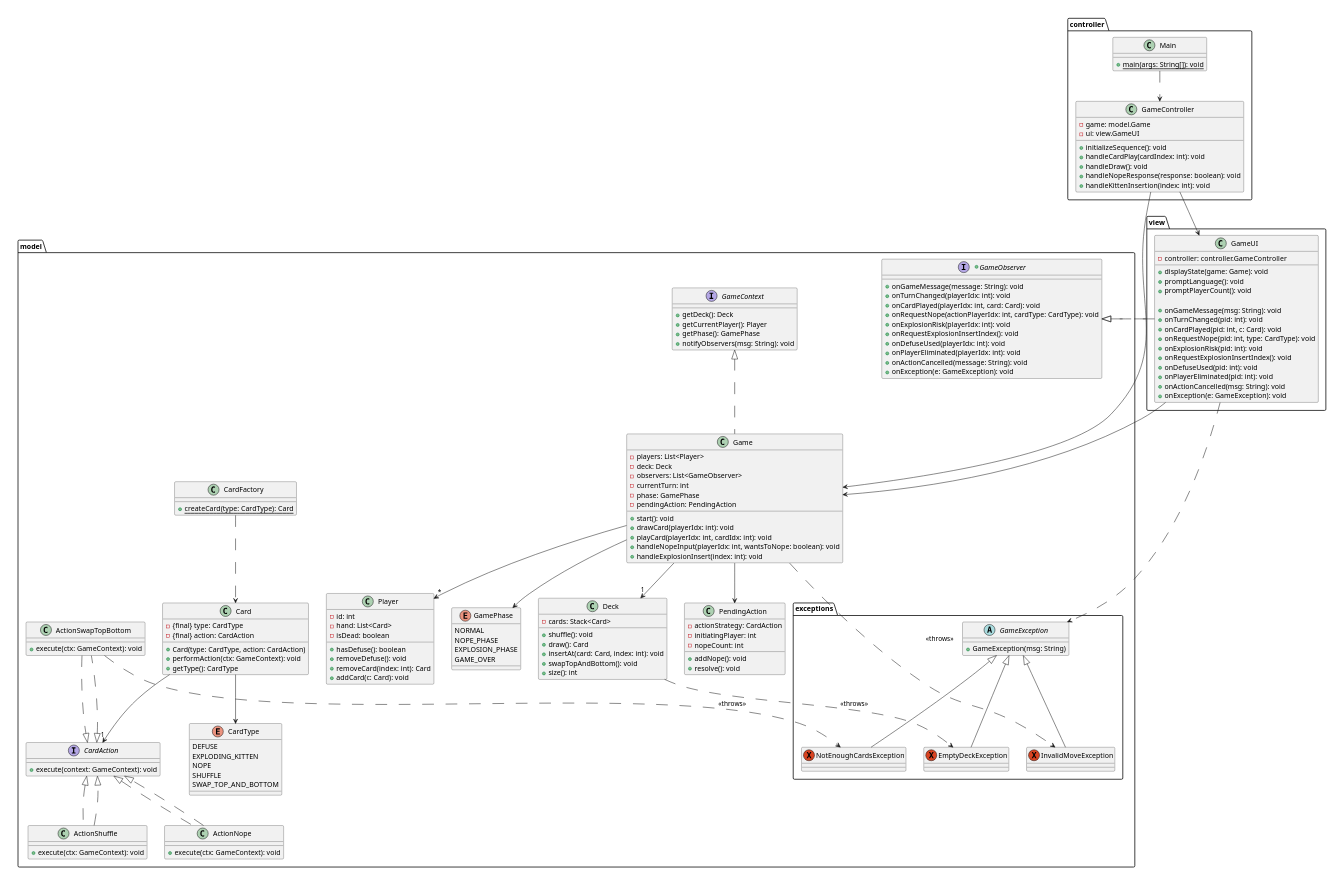
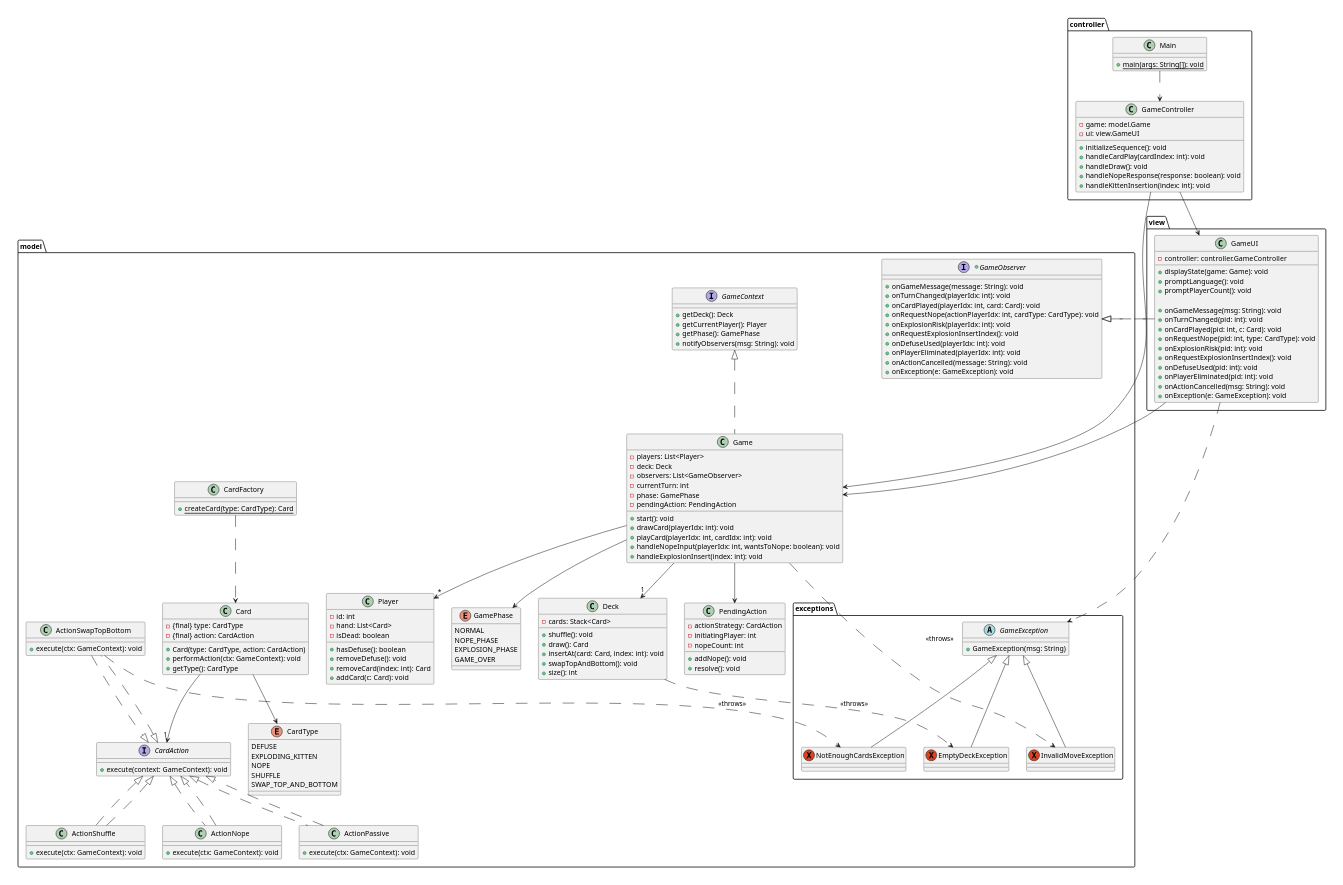
The diagram in docs/design/design.puml (nu-cs-sw-design/project-20252601-396_final), drawn with PlantUML before and after one commit. The commit also changed 1 other file, not shown here.

Commit message:
REFACTOR: refactor the design to avoid using null in Card's logic

```diff
--- a/docs/design/design.puml
+++ b/docs/design/design.puml
@@ -1,187 +1,191 @@
 @startuml
 scale max 512 height
 package model {
     +interface GameObserver {
         +onGameMessage(message: String): void
         +onTurnChanged(playerIdx: int): void
         +onCardPlayed(playerIdx: int, card: Card): void
         +onRequestNope(actionPlayerIdx: int, cardType: CardType): void
         +onExplosionRisk(playerIdx: int): void
         +onRequestExplosionInsertIndex(): void
         +onDefuseUsed(playerIdx: int): void
         +onPlayerEliminated(playerIdx: int): void
         +onActionCancelled(message: String): void
         +onException(e: GameException): void
     }
 
     interface GameContext {
         +getDeck(): Deck
         +getCurrentPlayer(): Player
         +getPhase(): GamePhase
         +notifyObservers(msg: String): void
     }
 
     interface CardAction {
         +execute(context: GameContext): void
     }
 
     package exceptions {
         abstract class GameException {
             +GameException(msg: String)
         }
         exception EmptyDeckException {
         }
         exception NotEnoughCardsException {
         }
         exception InvalidMoveException {
         }
 
         EmptyDeckException -u-|> GameException
         NotEnoughCardsException -u-|> GameException
         InvalidMoveException -u-|> GameException
     }
 
     enum GamePhase {
         NORMAL
         NOPE_PHASE
         EXPLOSION_PHASE
         GAME_OVER
     }
 
     class Game implements GameContext {
         -players: List<Player>
         -deck: Deck
         -observers: List<GameObserver>
         -currentTurn: int
         -phase: GamePhase
         -pendingAction: PendingAction
 
         +start(): void
         +drawCard(playerIdx: int): void
         +playCard(playerIdx: int, cardIdx: int): void
         +handleNopeInput(playerIdx: int, wantsToNope: boolean): void
         +handleExplosionInsert(index: int): void
     }
 
     class PendingAction {
         -actionStrategy: CardAction
         -initiatingPlayer: int
         -nopeCount: int
         +addNope(): void
         +resolve(): void
     }
 
     class Player {
         -id: int
         -hand: List<Card>
         -isDead: boolean
         +hasDefuse(): boolean
         +removeDefuse(): void
         +removeCard(index: int): Card
         +addCard(c: Card): void
     }
 
     class Deck {
         -cards: Stack<Card>
         +shuffle(): void
         +draw(): Card
         +insertAt(card: Card, index: int): void
         +swapTopAndBottom(): void
         +size(): int
     }
 
     class Card {
         -{final} type: CardType
         -{final} action: CardAction
 
         +Card(type: CardType, action: CardAction)
         +performAction(ctx: GameContext): void
         +getType(): CardType
     }
 
     enum CardType {
         DEFUSE
         EXPLODING_KITTEN
         NOPE
         SHUFFLE
         SWAP_TOP_AND_BOTTOM
     }
 
     class CardFactory {
         +{static} createCard(type: CardType): Card
     }
 
     class ActionShuffle implements CardAction {
         +execute(ctx: GameContext): void
     }
     class ActionSwapTopBottom implements CardAction {
         +execute(ctx: GameContext): void
     }
     class ActionNope implements CardAction {
         +execute(ctx: GameContext): void
     }
+    class ActionPassive implements CardAction {
+        +execute(ctx: GameContext): void
+    }
 }
 
 package view {
     class GameUI implements model.GameObserver {
         -controller: controller.GameController
 
         +displayState(game: Game): void
         +promptLanguage(): void
         +promptPlayerCount(): void
 
         +onGameMessage(msg: String): void
         +onTurnChanged(pid: int): void
         +onCardPlayed(pid: int, c: Card): void
         +onRequestNope(pid: int, type: CardType): void
         +onExplosionRisk(pid: int): void
         +onRequestExplosionInsertIndex(): void
         +onDefuseUsed(pid: int): void
         +onPlayerEliminated(pid: int): void
         +onActionCancelled(msg: String): void
         +onException(e: GameException): void
     }
 }
 
 package controller {
     class GameController {
         -game: model.Game
         -ui: view.GameUI
 
         +initializeSequence(): void
         +handleCardPlay(cardIndex: int): void
         +handleDraw(): void
         +handleNopeResponse(response: boolean): void
         +handleKittenInsertion(index: int): void
     }
 
     class Main {
         +{static} main(args: String[]): void
     }
 }
 
 GameController --> model.Game
 GameController --> view.GameUI
 Main ..> GameController
 
 view.GameUI ..|> model.GameObserver
 view.GameUI --> model.Game
 
 model.Game --> "1" model.Deck
 model.Game --> "*" model.Player
 model.Game --> model.PendingAction
 model.Game --> model.GamePhase
 model.Card --> "1" model.CardAction
 model.Card --> model.CardType
 model.CardFactory ..> model.Card
 
 model.Deck ..> model.exceptions.EmptyDeckException : <<throws>>
 model.ActionSwapTopBottom ..> model.exceptions.NotEnoughCardsException : <<throws>>
 model.Game ..> model.exceptions.InvalidMoveException : <<throws>>
 view.GameUI ..> model.exceptions.GameException
 
 model.ActionShuffle ..|> model.CardAction
 model.ActionSwapTopBottom ..|> model.CardAction
 model.ActionNope ..|> model.CardAction
+model.ActionPassive ..|> model.CardAction
 
 @enduml
```
